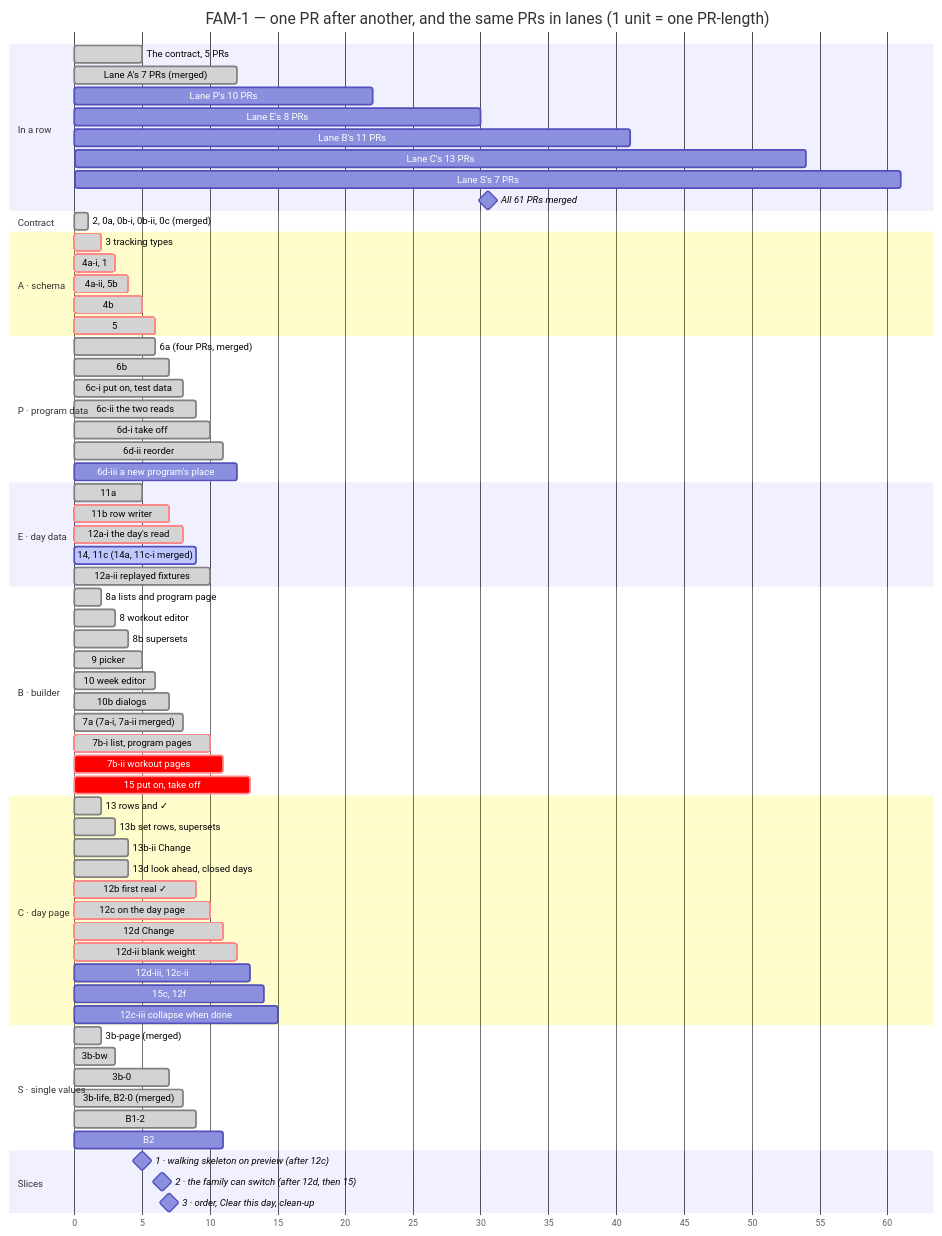
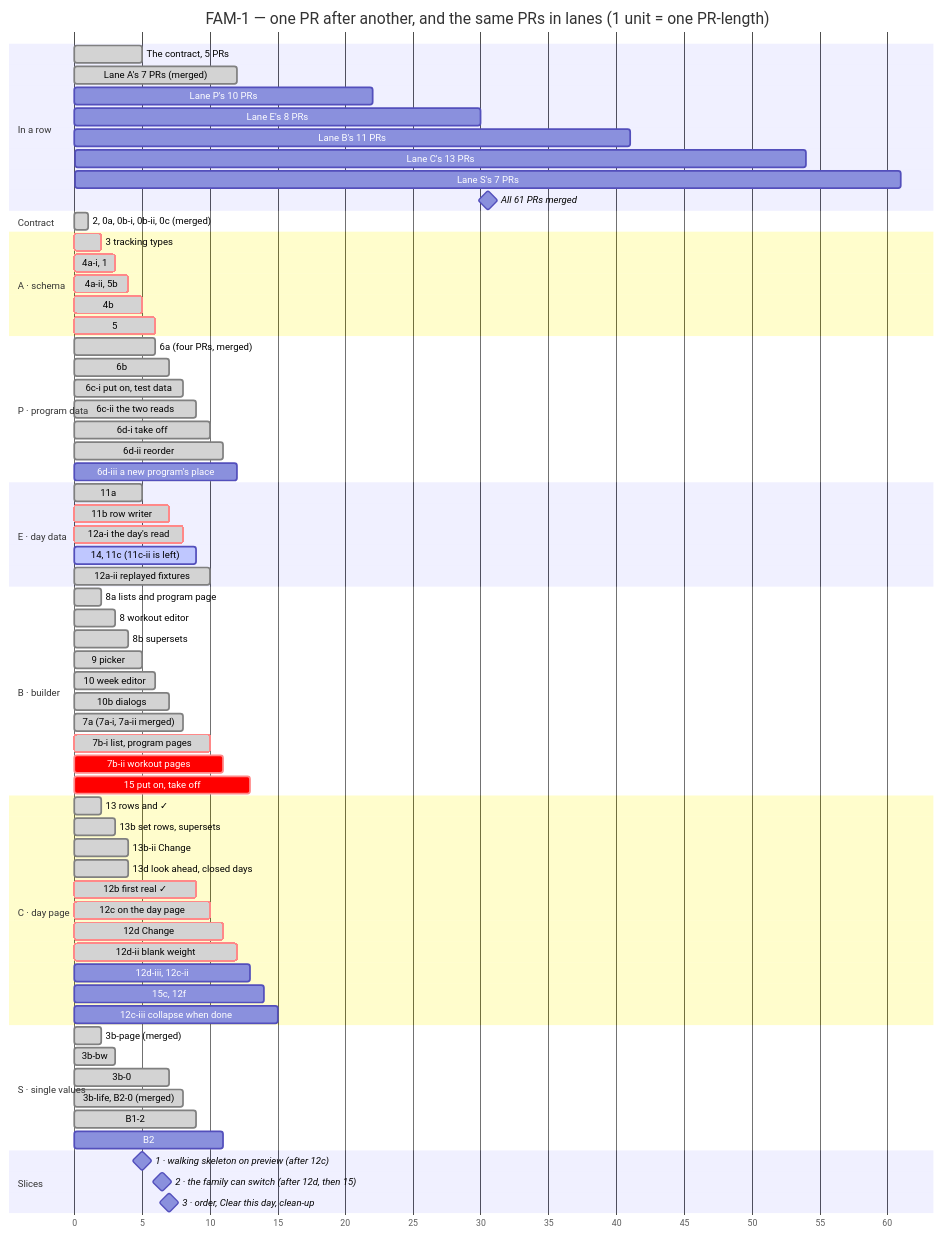
One commit to ralamode/mat-plan changed the second of 2 diagrams in docs/milestones/fam-1-family-program.md. Above: the diagram before and after it, drawn with Mermaid. The commit also changed other lines of this file and 7 other files, not shown here.

````diff
--- a/docs/milestones/fam-1-family-program.md
+++ b/docs/milestones/fam-1-family-program.md
@@ -260,81 +260,81 @@
 ```mermaid
 gantt
   title FAM-1 — one PR after another, and the same PRs in lanes (1 unit = one PR-length)
   dateFormat X
   axisFormat %s
   todayMarker off
 
   section In a row
   The contract, 5 PRs          :done, r0, 0, 5
   Lane A's 7 PRs (merged)      :done, r1, 5, 12
   Lane P's 10 PRs              :r2, 12, 22
   Lane E's 8 PRs               :r3, 22, 30
   Lane B's 11 PRs              :r4, 30, 41
   Lane C's 13 PRs              :r5, 41, 54
   Lane S's 7 PRs               :r6, 54, 61
   All 61 PRs merged            :milestone, rm, 61, 61
 
   section Contract
   2, 0a, 0b-i, 0b-ii, 0c (merged) :done, c0, 0, 1
 
   section A · schema
   3 tracking types             :crit, done, a1, 1, 2
   4a-i, 1                      :crit, done, a2, 2, 3
   4a-ii, 5b                    :crit, done, a3, 3, 4
   4b                           :crit, done, a4, 4, 5
   5                            :crit, done, a5, 5, 6
 
   section P · program data
   6a (four PRs, merged)        :done, p1, 5, 6
   6b                           :done, p2, 6, 7
   6c-i put on, test data       :done, p3, 7, 8
   6c-ii the two reads          :done, p3b, 8, 9
   6d-i take off                :done, p4, 9, 10
   6d-ii reorder                :done, p5, 10, 11
   6d-iii a new program's place :p6, 11, 12
 
   section E · day data
   11a                          :done, e1, 4, 5
   11b row writer               :crit, done, e2, 5, 7
   12a-i the day's read         :crit, done, e3, 7, 8
-  14, 11c (14a, 11c-i merged)  :active, e4, 8, 9
+  14, 11c (11c-ii is left)     :active, e4, 8, 9
   12a-ii replayed fixtures     :done, e5, 9, 10
 
   section B · builder
   8a lists and program page    :done, b1, 1, 2
   8 workout editor             :done, b2, 2, 3
   8b supersets                 :done, b3, 3, 4
   9 picker                     :done, b4, 4, 5
   10 week editor               :done, b5, 5, 6
   10b dialogs                  :done, b6, 6, 7
   7a (7a-i, 7a-ii merged)      :done, b7, 7, 8
   7b-i list, program pages     :crit, done, b8, 9, 10
   7b-ii workout pages          :crit, b8b, 10, 11
   15 put on, take off          :crit, b9, 12, 13
 
   section C · day page
   13 rows and ✓                :done, c1, 1, 2
   13b set rows, supersets      :done, c2, 2, 3
   13b-ii Change                :done, c2b, 3, 4
   13d look ahead, closed days  :done, c3, 3, 4
   12b first real ✓             :crit, done, c4, 8, 9
   12c on the day page          :crit, done, c5, 9, 10
   12d Change                   :crit, done, c6, 10, 11
   12d-ii blank weight          :crit, done, c6b, 11, 12
   12d-iii, 12c-ii              :c6c, 12, 13
   15c, 12f                     :c7, 13, 14
   12c-iii collapse when done   :c8, 14, 15
 
   section S · single values
   3b-page (merged)             :done, s1, 1, 2
   3b-bw                        :done, s2, 2, 3
   3b-0                         :done, s3, 6, 7
   3b-life, B2-0 (merged)       :done, s4, 7, 8
   B1-2                         :done, s5, 8, 9
   B2                           :s6, 10, 11
 
   section Slices
   1 · walking skeleton on preview (after 12c) :milestone, m1, 10, 10
   2 · the family can switch (after 12d, then 15) :milestone, m2, 13, 13
   3 · order, Clear this day, clean-up         :milestone, m3, 14, 14
 ```
````
